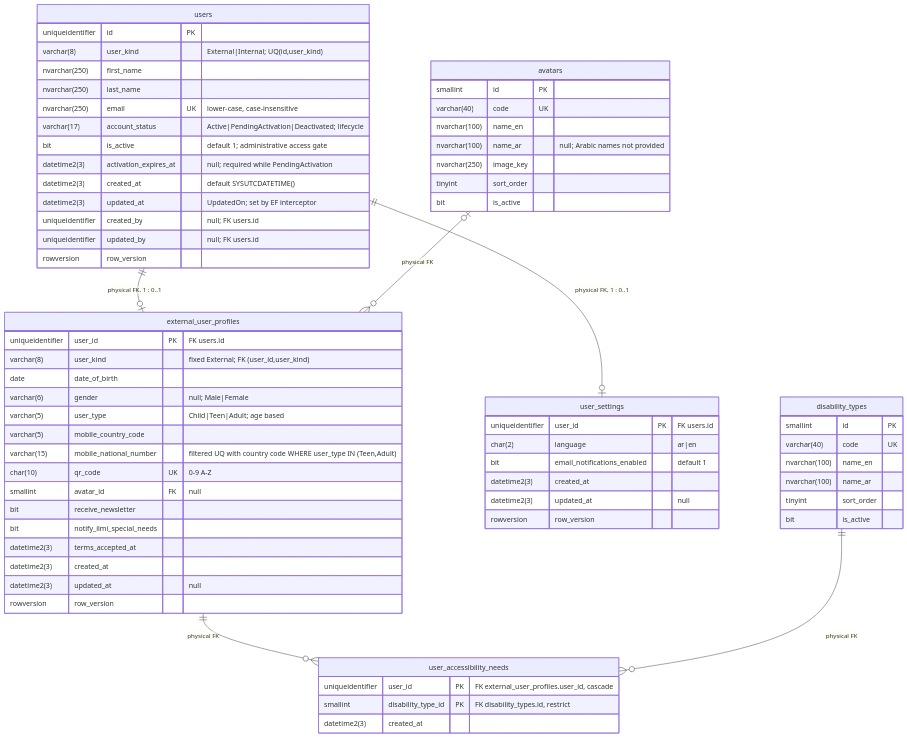
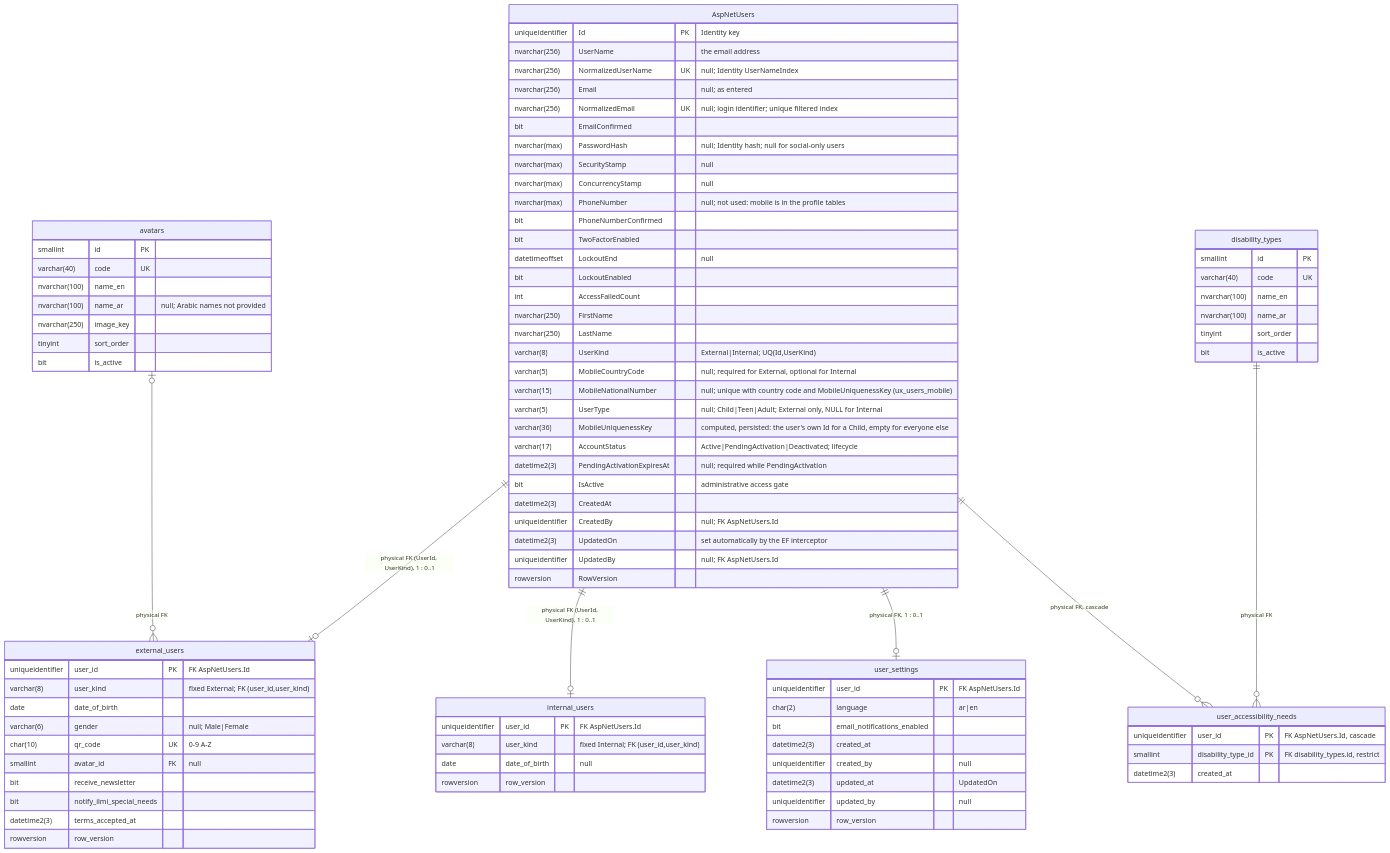
The first of 10 diagrams in docs/database/erd.md (DohaTammam/Ilmi-Project), drawn with Mermaid before and after one commit. The commit also changed other lines of this file and 122 other files, not shown here.

Commit message:
Add Implementation for UserIdentity Module

````diff
--- a/docs/database/erd.md
+++ b/docs/database/erd.md
@@ -31,41 +35,60 @@
 ```mermaid
 erDiagram
-  users ||--o| external_user_profiles : "physical FK, 1 : 0..1"
-  users ||--o| user_settings : "physical FK, 1 : 0..1"
-  avatars |o--o{ external_user_profiles : "physical FK"
-  external_user_profiles ||--o{ user_accessibility_needs : "physical FK"
+  AspNetUsers ||--o| external_users : "physical FK (UserId, UserKind), 1 : 0..1"
+  AspNetUsers ||--o| internal_users : "physical FK (UserId, UserKind), 1 : 0..1"
+  AspNetUsers ||--o| user_settings : "physical FK, 1 : 0..1"
+  avatars |o--o{ external_users : "physical FK"
+  AspNetUsers ||--o{ user_accessibility_needs : "physical FK, cascade"
   disability_types ||--o{ user_accessibility_needs : "physical FK"
 
-  users {
-    uniqueidentifier id PK
-    varchar(8) user_kind "External|Internal; UQ(id,user_kind)"
-    nvarchar(250) first_name
-    nvarchar(250) last_name
-    nvarchar(250) email UK "lower-case, case-insensitive"
-    varchar(17) account_status "Active|PendingActivation|Deactivated; lifecycle"
-    bit is_active "default 1; administrative access gate"
-    datetime2(3) activation_expires_at "null; required while PendingActivation"
-    datetime2(3) created_at "default SYSUTCDATETIME()"
-    datetime2(3) updated_at "UpdatedOn; set by EF interceptor"
-    uniqueidentifier created_by "null; FK users.id"
-    uniqueidentifier updated_by "null; FK users.id"
-    rowversion row_version
+  AspNetUsers {
+    uniqueidentifier Id PK "Identity key"
+    nvarchar(256) UserName "the email address"
+    nvarchar(256) NormalizedUserName UK "null; Identity UserNameIndex"
+    nvarchar(256) Email "null; as entered"
+    nvarchar(256) NormalizedEmail UK "null; login identifier; unique filtered index"
+    bit EmailConfirmed
+    nvarchar(max) PasswordHash "null; Identity hash; null for social-only users"
+    nvarchar(max) SecurityStamp "null"
+    nvarchar(max) ConcurrencyStamp "null"
+    nvarchar(max) PhoneNumber "null; not used: mobile is in the profile tables"
+    bit PhoneNumberConfirmed
+    bit TwoFactorEnabled
+    datetimeoffset LockoutEnd "null"
+    bit LockoutEnabled
+    int AccessFailedCount
+    nvarchar(250) FirstName
+    nvarchar(250) LastName
+    varchar(8) UserKind "External|Internal; UQ(Id,UserKind)"
+    varchar(5) MobileCountryCode "null; required for External, optional for Internal"
+    varchar(15) MobileNationalNumber "null; unique with country code and MobileUniquenessKey (ux_users_mobile)"
+    varchar(5) UserType "null; Child|Teen|Adult; External only, NULL for Internal"
+    varchar(36) MobileUniquenessKey "computed, persisted: the user's own Id for a Child, empty for everyone else"
+    varchar(17) AccountStatus "Active|PendingActivation|Deactivated; lifecycle"
+    datetime2(3) PendingActivationExpiresAt "null; required while PendingActivation"
+    bit IsActive "administrative access gate"
+    datetime2(3) CreatedAt
+    uniqueidentifier CreatedBy "null; FK AspNetUsers.Id"
+    datetime2(3) UpdatedOn "set automatically by the EF interceptor"
+    uniqueidentifier UpdatedBy "null; FK AspNetUsers.Id"
+    rowversion RowVersion
   }
-  external_user_profiles {
-    uniqueidentifier user_id PK "FK users.id"
+  external_users {
+    uniqueidentifier user_id PK "FK AspNetUsers.Id"
     varchar(8) user_kind "fixed External; FK (user_id,user_kind)"
     date date_of_birth
     varchar(6) gender "null; Male|Female"
-    varchar(5) user_type "Child|Teen|Adult; age based"
-    varchar(5) mobile_country_code
-    varchar(15) mobile_national_number "filtered UQ with country code WHERE user_type IN (Teen,Adult)"
     char(10) qr_code UK "0-9 A-Z"
     smallint avatar_id FK "null"
     bit receive_newsletter
     bit notify_ilmi_special_needs
     datetime2(3) terms_accepted_at
-    datetime2(3) created_at
-    datetime2(3) updated_at "null"
+    rowversion row_version
+  }
+  internal_users {
+    uniqueidentifier user_id PK "FK AspNetUsers.Id"
+    varchar(8) user_kind "fixed Internal; FK (user_id,user_kind)"
+    date date_of_birth "null"
     rowversion row_version
   }
   avatars {
@@ -86,16 +109,18 @@
     bit is_active
   }
   user_accessibility_needs {
-    uniqueidentifier user_id PK "FK external_user_profiles.user_id, cascade"
+    uniqueidentifier user_id PK "FK AspNetUsers.Id, cascade"
     smallint disability_type_id PK "FK disability_types.id, restrict"
     datetime2(3) created_at
   }
   user_settings {
-    uniqueidentifier user_id PK "FK users.id"
+    uniqueidentifier user_id PK "FK AspNetUsers.Id"
     char(2) language "ar|en"
-    bit email_notifications_enabled "default 1"
+    bit email_notifications_enabled
     datetime2(3) created_at
-    datetime2(3) updated_at "null"
+    uniqueidentifier created_by "null"
+    datetime2(3) updated_at "UpdatedOn"
+    uniqueidentifier updated_by "null"
     rowversion row_version
   }
 ```
````
